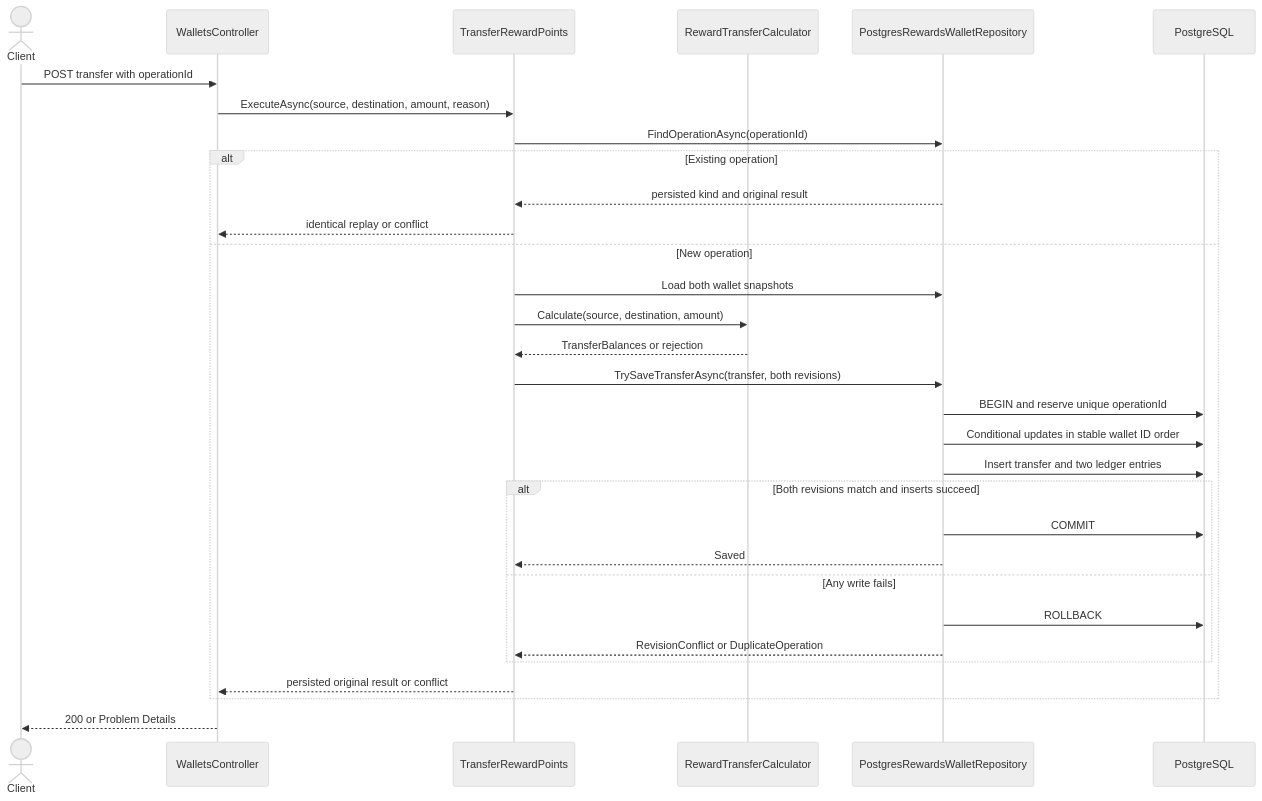
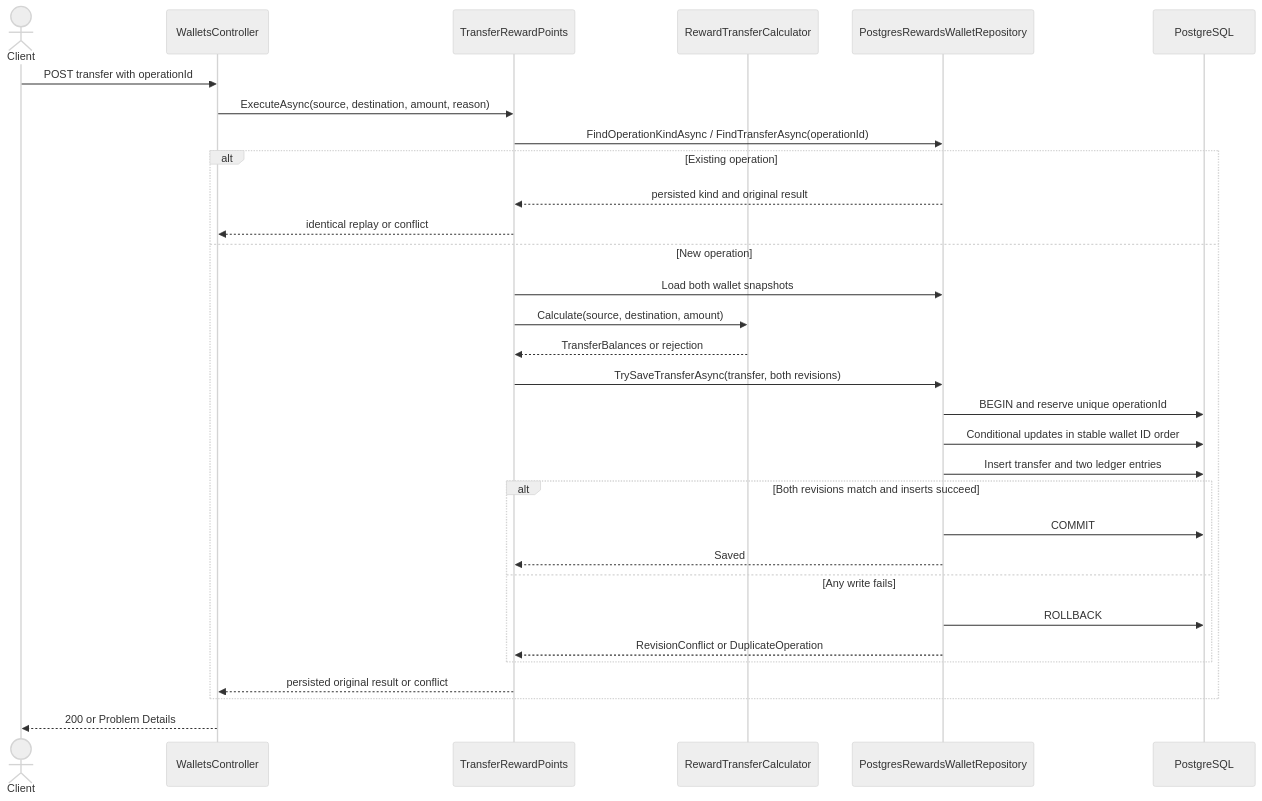
Before and after one commit to rfulgencio3/RewardFlow.SuppleDesign: the first of 3 diagrams in docs/transfer-plan.md, drawn with Mermaid (neutral theme). The commit also changed other lines of this file and 47 other files, not shown here.

````diff
--- a/docs/transfer-plan.md
+++ b/docs/transfer-plan.md
@@ -80,33 +82,33 @@
 ```mermaid
 sequenceDiagram
     actor Client
     participant API as WalletsController
     participant App as TransferRewardPoints
     participant Domain as RewardTransferCalculator
     participant Store as PostgresRewardsWalletRepository
     participant DB as PostgreSQL
     Client->>API: POST transfer with operationId
     API->>App: ExecuteAsync(source, destination, amount, reason)
-    App->>Store: FindOperationAsync(operationId)
+    App->>Store: FindOperationKindAsync / FindTransferAsync(operationId)
     alt Existing operation
         Store-->>App: persisted kind and original result
         App-->>API: identical replay or conflict
     else New operation
         App->>Store: Load both wallet snapshots
         App->>Domain: Calculate(source, destination, amount)
         Domain-->>App: TransferBalances or rejection
         App->>Store: TrySaveTransferAsync(transfer, both revisions)
         Store->>DB: BEGIN and reserve unique operationId
         Store->>DB: Conditional updates in stable wallet ID order
         Store->>DB: Insert transfer and two ledger entries
         alt Both revisions match and inserts succeed
             Store->>DB: COMMIT
             Store-->>App: Saved
         else Any write fails
             Store->>DB: ROLLBACK
             Store-->>App: RevisionConflict or DuplicateOperation
         end
         App-->>API: persisted original result or conflict
     end
     API-->>Client: 200 or Problem Details
 ```
````
